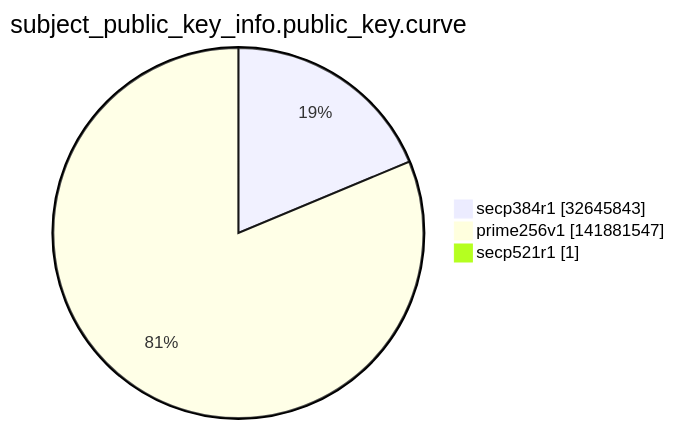
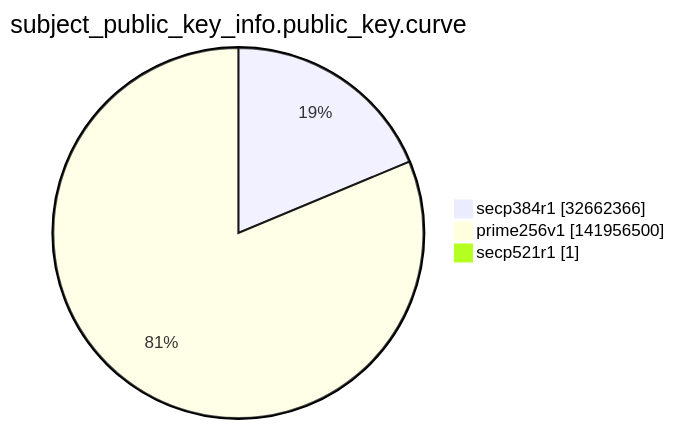
Before and after one commit to christiankrug/ctmonitor_visualization: the ninth of 15 diagrams in argon2022/README.md, drawn with Mermaid. The commit also changed other lines of this file, not shown here.

````diff
--- a/argon2022/README.md
+++ b/argon2022/README.md
@@ -2763,7 +2763,7 @@
 ```mermaid
 pie showData
 title subject_public_key_info.public_key.curve
-"secp384r1" :32645843
-"prime256v1" :141881547
+"secp384r1" :32662366
+"prime256v1" :141956500
 "secp521r1" :1
 ```
````
